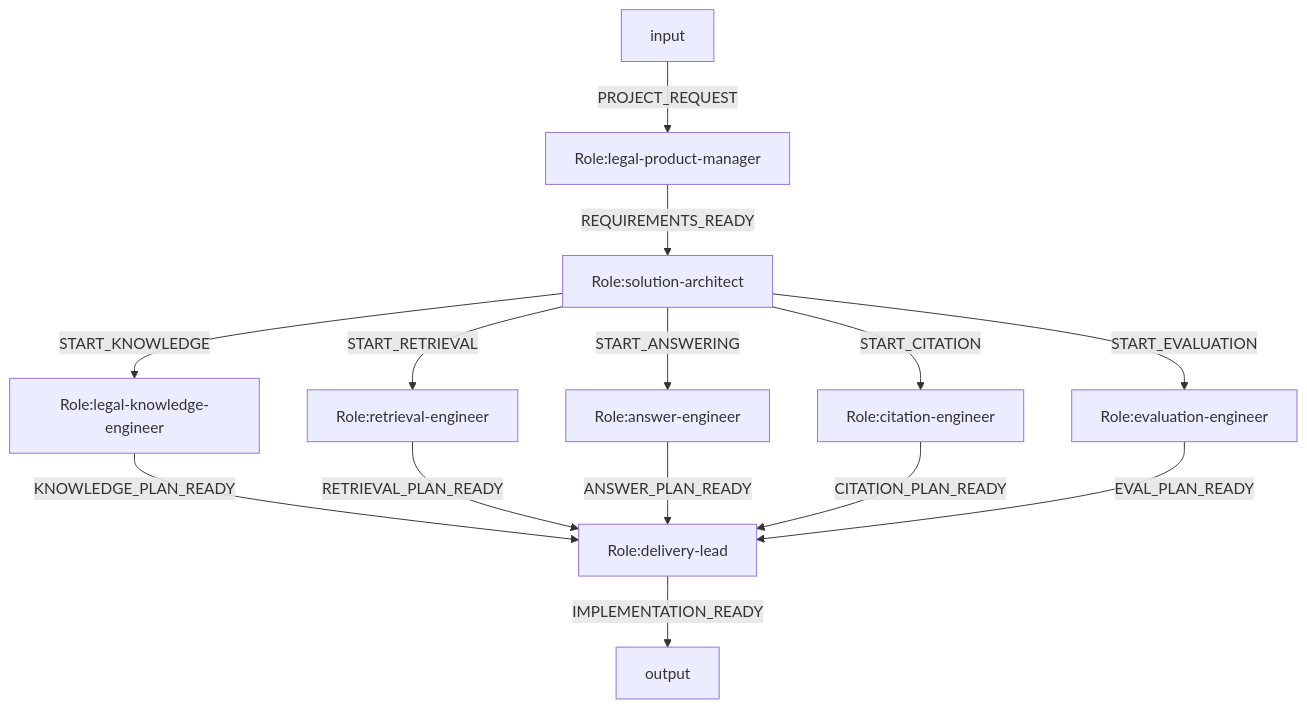
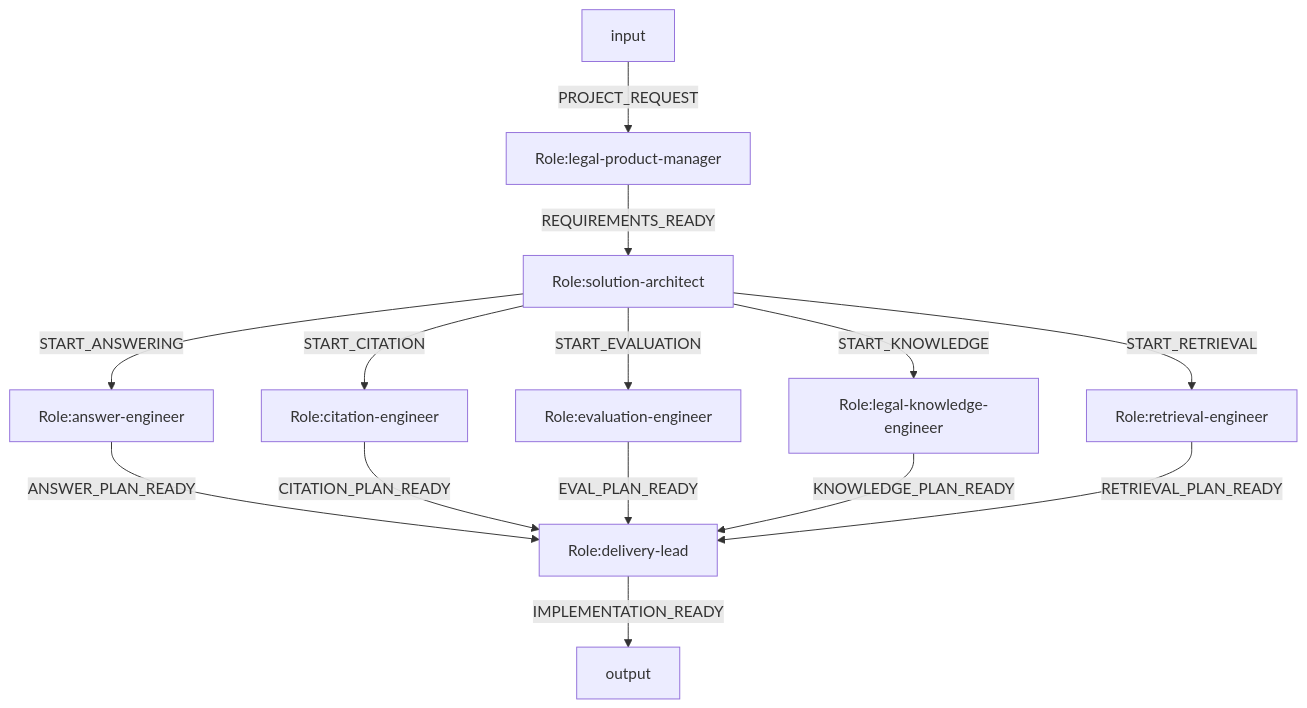
One commit to Fredericzhou/ogsystem changed the diagram in examples/legal-rag-dev-team/system.mmd. Above: the diagram before and after it, drawn with Mermaid. The commit also changed 68 other files, not shown here.

```diff
--- a/examples/legal-rag-dev-team/system.mmd
+++ b/examples/legal-rag-dev-team/system.mmd
@@ -1,50 +1,46 @@
 flowchart TD
 %% system.id=legal.rag.dev.team
 %% system.version=1.0.0
 %% law.global=law.legal.rag.dev.base
 %% entry.role=legal-product-manager
 %% handoff.mode=strict
 %% handoff.contracts=contracts/handoff.contracts.json
-%% model.bind.legal-product-manager=gkgk/gpt-5.4
-%% model.bind.solution-architect=gkgk/gpt-5.4
-%% role.mode.solution-architect=parallel_split
-%% route.order.solution-architect=legal-knowledge-engineer,retrieval-engineer,answer-engineer,citation-engineer,evaluation-engineer
-%% model.bind.legal-knowledge-engineer=gkgk/gpt-5.4
-%% model.bind.retrieval-engineer=gkgk/gpt-5.4
 %% model.bind.answer-engineer=gkgk/gpt-5.4
 %% model.bind.citation-engineer=gkgk/gpt-5.4
+%% model.bind.delivery-lead=gkgk/gpt-5.4
 %% model.bind.evaluation-engineer=gkgk/gpt-5.4
+%% model.bind.legal-knowledge-engineer=gkgk/gpt-5.4
+%% model.bind.legal-product-manager=gkgk/gpt-5.4
+%% model.bind.retrieval-engineer=gkgk/gpt-5.4
+%% model.bind.solution-architect=gkgk/gpt-5.4
 %% join.mode.delivery-lead=all_of
 %% join.sources.delivery-lead=legal-knowledge-engineer,retrieval-engineer,answer-engineer,citation-engineer,evaluation-engineer
-%% context.map.delivery-lead.project_goal=global.task
-%% context.map.delivery-lead.knowledge_plan=source(legal-knowledge-engineer).content
-%% context.map.delivery-lead.retrieval_plan=source(retrieval-engineer).content
-%% context.map.delivery-lead.answer_plan=source(answer-engineer).content
-%% context.map.delivery-lead.citation_plan=source(citation-engineer).content
-%% context.map.delivery-lead.evaluation_plan=source(evaluation-engineer).content
-%% context.map.delivery-lead.review_comment=global.human_review.current.comment?
-%% context.map.delivery-lead.review_round=global.human_review.current.round?
-%% model.bind.delivery-lead=gkgk/gpt-5.4
 %% review.mode.delivery-lead=required
 %% review.timeout.delivery-lead=86400
 %% review.timeout.action.delivery-lead=pause
 %% review.rework.target.delivery-lead=delivery-lead
 %% review.rework.max.delivery-lead=2
 %% review.terminate.scope.delivery-lead=branch
-
-input -->|PROJECT_REQUEST| legal-product-manager[Role:legal-product-manager]
-legal-product-manager[Role:legal-product-manager] -->|REQUIREMENTS_READY| solution-architect[Role:solution-architect]
-
-solution-architect[Role:solution-architect] -->|START_KNOWLEDGE| legal-knowledge-engineer[Role:legal-knowledge-engineer]
-solution-architect[Role:solution-architect] -->|START_RETRIEVAL| retrieval-engineer[Role:retrieval-engineer]
-solution-architect[Role:solution-architect] -->|START_ANSWERING| answer-engineer[Role:answer-engineer]
-solution-architect[Role:solution-architect] -->|START_CITATION| citation-engineer[Role:citation-engineer]
-solution-architect[Role:solution-architect] -->|START_EVALUATION| evaluation-engineer[Role:evaluation-engineer]
-
-legal-knowledge-engineer[Role:legal-knowledge-engineer] -->|KNOWLEDGE_PLAN_READY| delivery-lead[Role:delivery-lead]
-retrieval-engineer[Role:retrieval-engineer] -->|RETRIEVAL_PLAN_READY| delivery-lead[Role:delivery-lead]
-answer-engineer[Role:answer-engineer] -->|ANSWER_PLAN_READY| delivery-lead[Role:delivery-lead]
-citation-engineer[Role:citation-engineer] -->|CITATION_PLAN_READY| delivery-lead[Role:delivery-lead]
-evaluation-engineer[Role:evaluation-engineer] -->|EVAL_PLAN_READY| delivery-lead[Role:delivery-lead]
-
-delivery-lead[Role:delivery-lead] -->|IMPLEMENTATION_READY| output
+%% context.map.delivery-lead.answer_plan=source(answer-engineer).content
+%% context.map.delivery-lead.citation_plan=source(citation-engineer).content
+%% context.map.delivery-lead.evaluation_plan=source(evaluation-engineer).content
+%% context.map.delivery-lead.knowledge_plan=source(legal-knowledge-engineer).content
+%% context.map.delivery-lead.project_goal=global.task
+%% context.map.delivery-lead.retrieval_plan=source(retrieval-engineer).content
+%% context.map.delivery-lead.review_comment=global.human_review.current.comment?
+%% context.map.delivery-lead.review_round=global.human_review.current.round?
+%% role.mode.solution-architect=parallel_split
+%% route.order.solution-architect=legal-knowledge-engineer,retrieval-engineer,answer-engineer,citation-engineer,evaluation-engineer
+input -->|PROJECT_REQUEST| r6[Role:legal-product-manager]
+r1[Role:answer-engineer] -->|ANSWER_PLAN_READY| r3[Role:delivery-lead]
+r2[Role:citation-engineer] -->|CITATION_PLAN_READY| r3[Role:delivery-lead]
+r3[Role:delivery-lead] -->|IMPLEMENTATION_READY| output
+r4[Role:evaluation-engineer] -->|EVAL_PLAN_READY| r3[Role:delivery-lead]
+r5[Role:legal-knowledge-engineer] -->|KNOWLEDGE_PLAN_READY| r3[Role:delivery-lead]
+r6[Role:legal-product-manager] -->|REQUIREMENTS_READY| r8[Role:solution-architect]
+r7[Role:retrieval-engineer] -->|RETRIEVAL_PLAN_READY| r3[Role:delivery-lead]
+r8[Role:solution-architect] -->|START_ANSWERING| r1[Role:answer-engineer]
+r8[Role:solution-architect] -->|START_CITATION| r2[Role:citation-engineer]
+r8[Role:solution-architect] -->|START_EVALUATION| r4[Role:evaluation-engineer]
+r8[Role:solution-architect] -->|START_KNOWLEDGE| r5[Role:legal-knowledge-engineer]
+r8[Role:solution-architect] -->|START_RETRIEVAL| r7[Role:retrieval-engineer]
```
